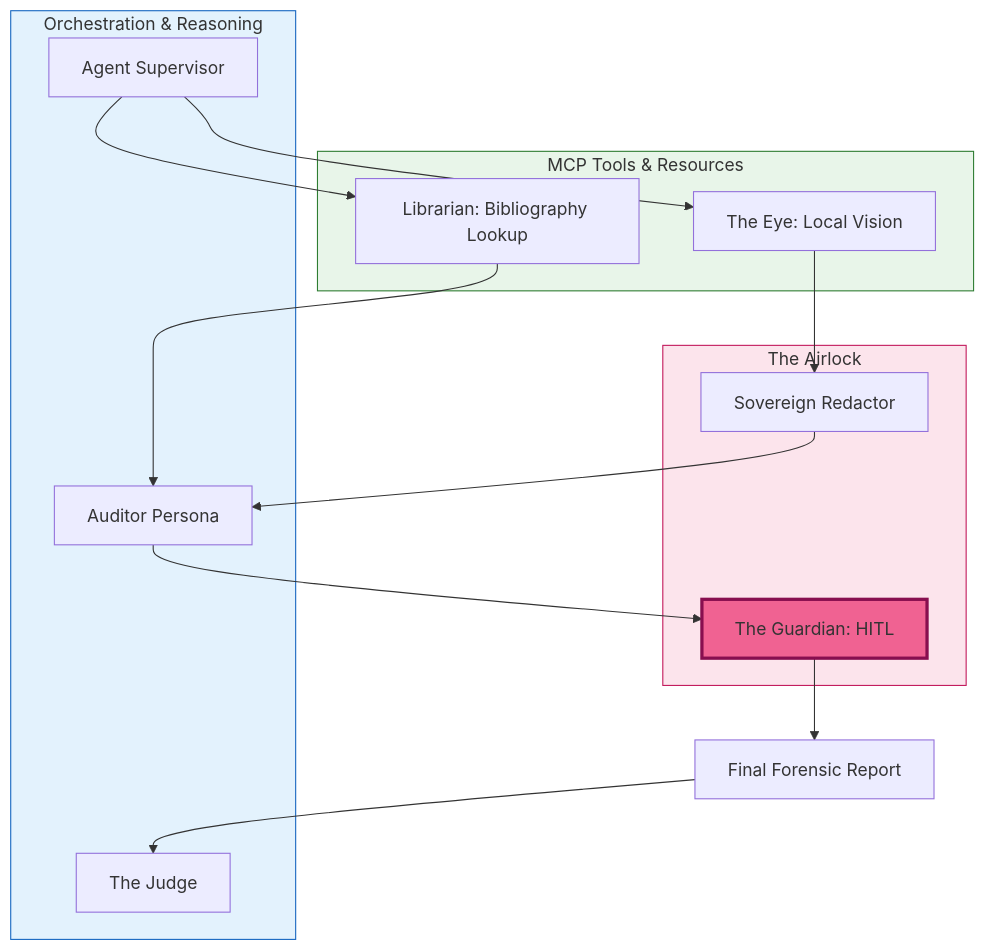
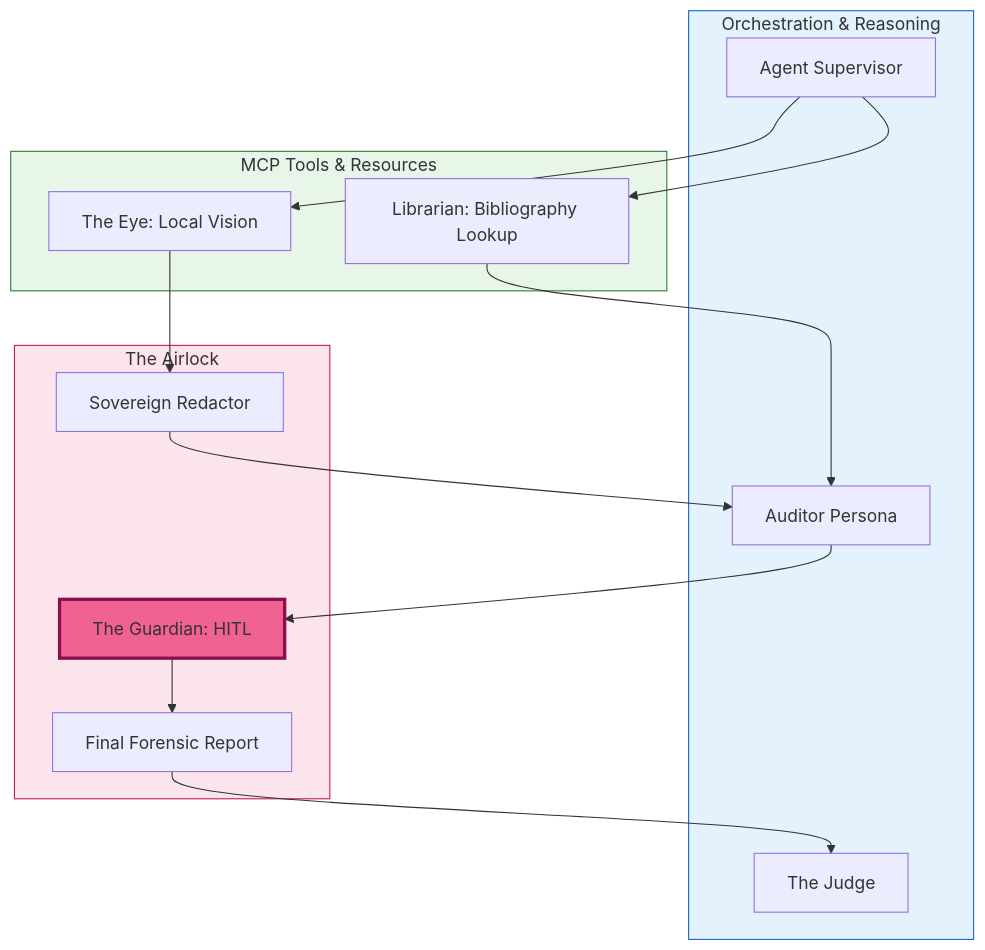
One commit to kenwalger/mcp-forensic-analyzer changed the diagram in README.md. Above: the diagram before and after it, drawn with Mermaid. The commit also changed 2 other files, not shown here.

Commit message:
Sovereign Vault finalization (5/5)
Strict type parsing:
- _parse_confidence_score: exclude booleans (isinstance(value, bool) -> 0, False)
- Prevents True/False treated as valid numeric scores

Prompt hierarchy (Role-Instruction-Constraint):
- Auditor Persona (Role) first
- Supervisor System (Instructions) second
- Guardian Constraints (Rules) last

Diagram anchor:
- H[Final Forensic Report] moved inside Governance_Layer subgraph

````diff
--- a/README.md
+++ b/README.md
@@ -33,32 +33,33 @@
 ```mermaid
 graph TB
     subgraph Intelligence_Layer [Orchestration & Reasoning]
         A[Agent Supervisor]
         B[Auditor Persona]
         C[The Judge]
     end
 
     subgraph Capability_Layer [MCP Tools & Resources]
         D[Librarian: Bibliography Lookup]
         E[The Eye: Local Vision]
     end
 
     subgraph Governance_Layer [The Airlock]
         F[Sovereign Redactor]
         G[The Guardian: HITL]
+        H[Final Forensic Report]
     end
 
     A --> D
     A --> E
     D --> B
     E --> F
     F --> B
     B --> G
-    G --> H[Final Forensic Report]
+    G --> H
     H --> C
 
     style Intelligence_Layer fill:#e3f2fd,stroke:#1565c0
     style Capability_Layer fill:#e8f5e9,stroke:#2e7d32
     style Governance_Layer fill:#fce4ec,stroke:#c2185b
     style G fill:#f06292,stroke:#880e4f,stroke-width:3px
 ```
````
